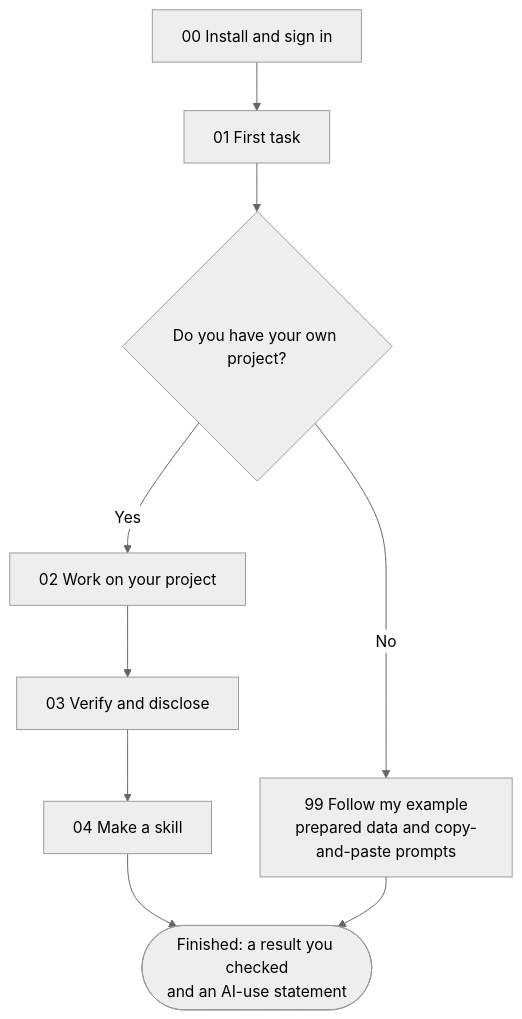
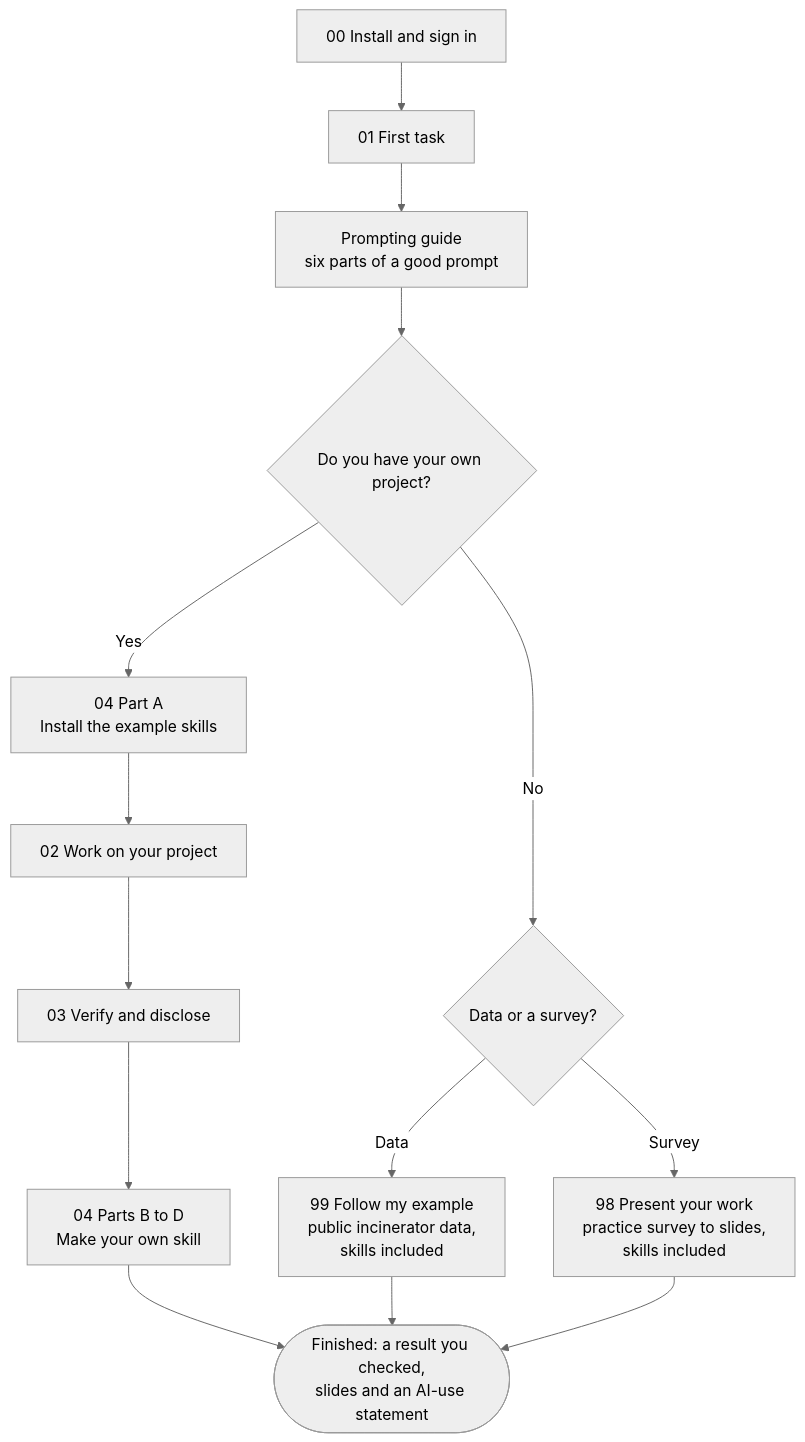
Before and after one commit to Pann13223029/codex-seminar: the first of 2 diagrams in README.md, drawn with Mermaid (neutral theme). The commit also changed other lines of this file and 28 other files, not shown here.

First line of the commit message:
Add example skills, a survey track, a prompting guide and hands-on skill steps

````diff
--- a/README.md
+++ b/README.md
@@ -35,11 +35,16 @@
 ```mermaid
 flowchart TD
     A["00 Install and sign in"] --> B["01 First task"]
-    B --> C{"Do you have your own project?"}
-    C -- "Yes" --> D["02 Work on your project"]
+    B --> PG["Prompting guide<br/>six parts of a good prompt"]
+    PG --> C{"Do you have your own project?"}
+    C -- "Yes" --> K["04 Part A<br/>Install the example skills"]
+    K --> D["02 Work on your project"]
     D --> E["03 Verify and disclose"]
-    E --> F["04 Make a skill"]
-    C -- "No" --> G["99 Follow my example<br/>prepared data and copy-and-paste prompts"]
-    F --> H(["Finished: a result you checked<br/>and an AI-use statement"])
-    G --> H
+    E --> F["04 Parts B to D<br/>Make your own skill"]
+    C -- "No" --> G{"Data or a survey?"}
+    G -- "Data" --> G1["99 Follow my example<br/>public incinerator data,<br/>skills included"]
+    G -- "Survey" --> G2["98 Present your work<br/>practice survey to slides,<br/>skills included"]
+    F --> H(["Finished: a result you checked,<br/>slides and an AI-use statement"])
+    G1 --> H
+    G2 --> H
 ```
````
